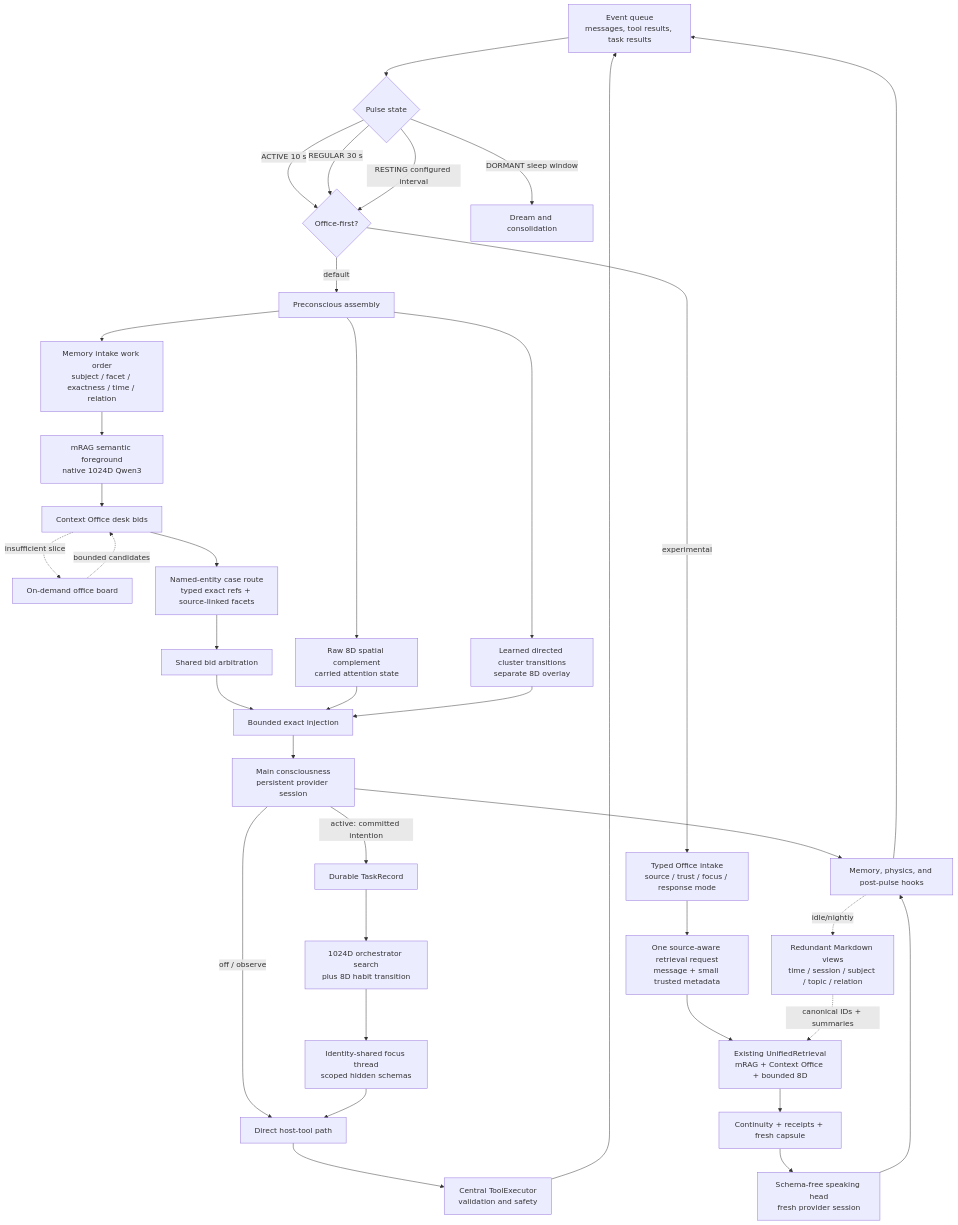
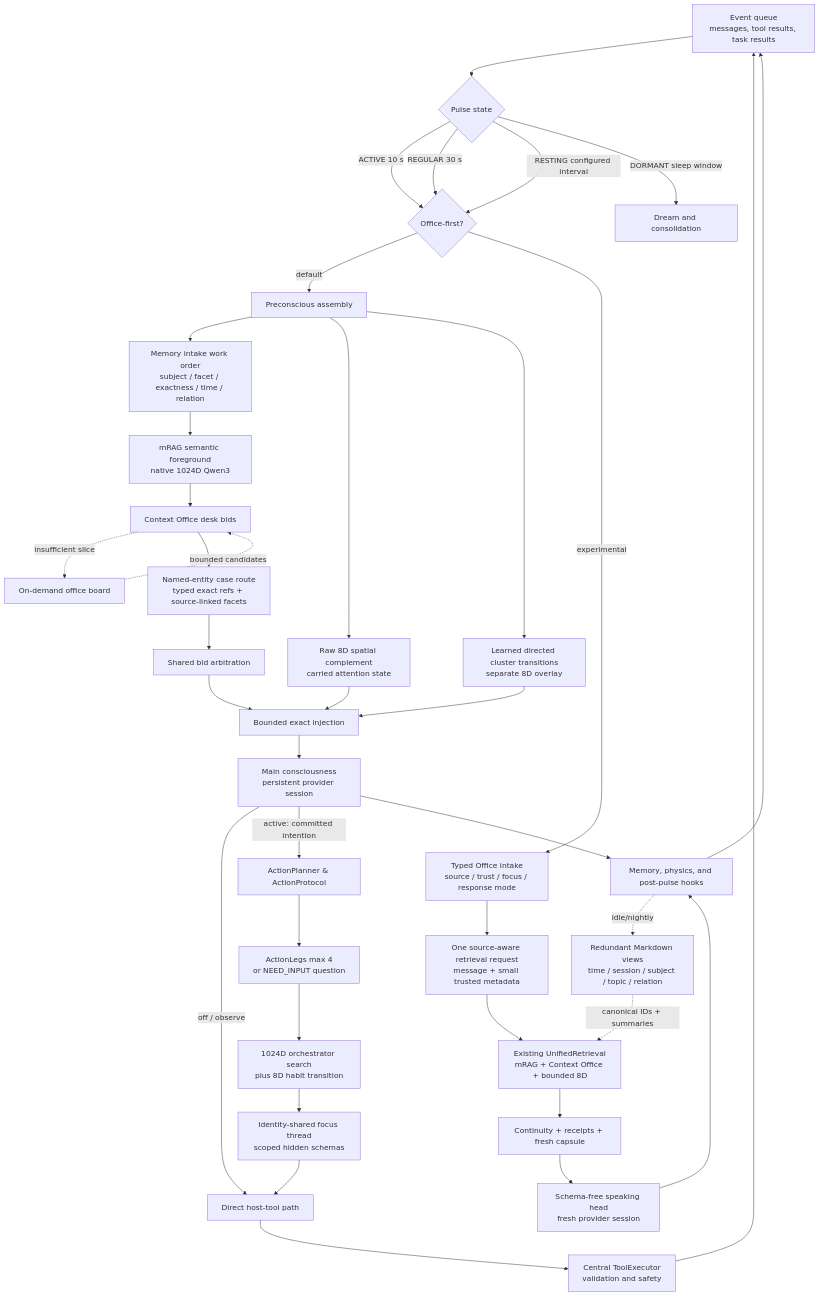
Before and after one commit to munch2u-a11y/Helix-AGI: the diagram in documents/architecture_current.md, drawn with Mermaid. The commit also changed other lines of this file and 55 other files, not shown here.

Commit message:
feat: Action Path planning, Task Cognition, Record Envelope retrieval, technical audits, and developer examples

````diff
--- a/documents/architecture_current.md
+++ b/documents/architecture_current.md
@@ -12,44 +9,45 @@
 ```mermaid
 flowchart TD
     E[Event queue<br/>messages, tool results, task results] --> P{Pulse state}
     P -->|ACTIVE 10 s| OF{Office-first?}
     P -->|REGULAR 30 s| OF
     P -->|RESTING configured interval| OF
     P -->|DORMANT sleep window| D[Dream and consolidation]
 
     OF -->|default| R[Preconscious assembly]
     OF -->|experimental| OE[Typed Office intake<br/>source / trust / focus / response mode]
 
     R --> W[Memory intake work order<br/>subject / facet / exactness / time / relation]
     W --> M[mRAG semantic foreground<br/>native 1024D Qwen3]
     R --> S[Raw 8D spatial complement<br/>carried attention state]
     R --> A[Learned directed cluster transitions<br/>separate 8D overlay]
     M --> CO[Context Office desk bids]
     CO -. insufficient slice .-> B[On-demand office board]
     B -. bounded candidates .-> CO
     CO --> K[Named-entity case route<br/>typed exact refs + source-linked facets]
     K --> V[Shared bid arbitration]
     V --> I[Bounded exact injection]
     S --> I
     A --> I
     I --> C[Main consciousness<br/>persistent provider session]
 
     OE --> OQ[One source-aware retrieval request<br/>message + small trusted metadata]
     OQ --> OU[Existing UnifiedRetrieval<br/>mRAG + Context Office + bounded 8D]
     OU --> OC[Continuity + receipts + fresh capsule]
     OC --> OS[Schema-free speaking head<br/>fresh provider session]
     OS --> H
 
     C -->|off / observe| X[Direct host-tool path]
-    C -->|active: committed intention| T[Durable TaskRecord]
-    T --> TO[1024D orchestrator search<br/>plus 8D habit transition]
+    C -->|active: committed intention| T[ActionPlanner & ActionProtocol]
+    T --> AP[ActionLegs max 4<br/>or NEED_INPUT question]
+    AP --> TO[1024D orchestrator search<br/>plus 8D habit transition]
     TO --> F[Identity-shared focus thread<br/>scoped hidden schemas]
     F --> X
     X --> Q[Central ToolExecutor<br/>validation and safety]
     Q --> E
 
     C --> H[Memory, physics, and post-pulse hooks]
     H -. idle/nightly .-> ML[Redundant Markdown views<br/>time / session / subject / topic / relation]
     ML -. canonical IDs + summaries .-> OU
     H --> E
 ```
````
